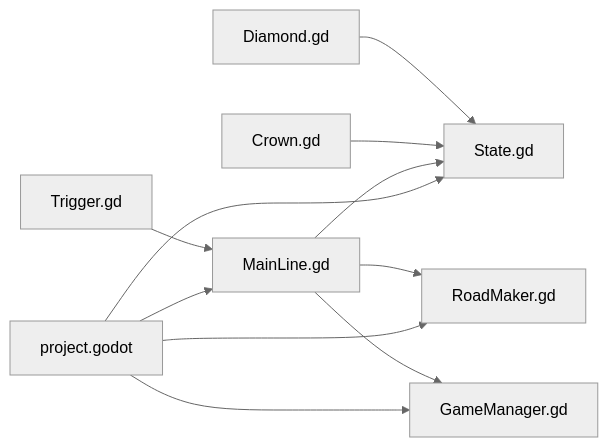
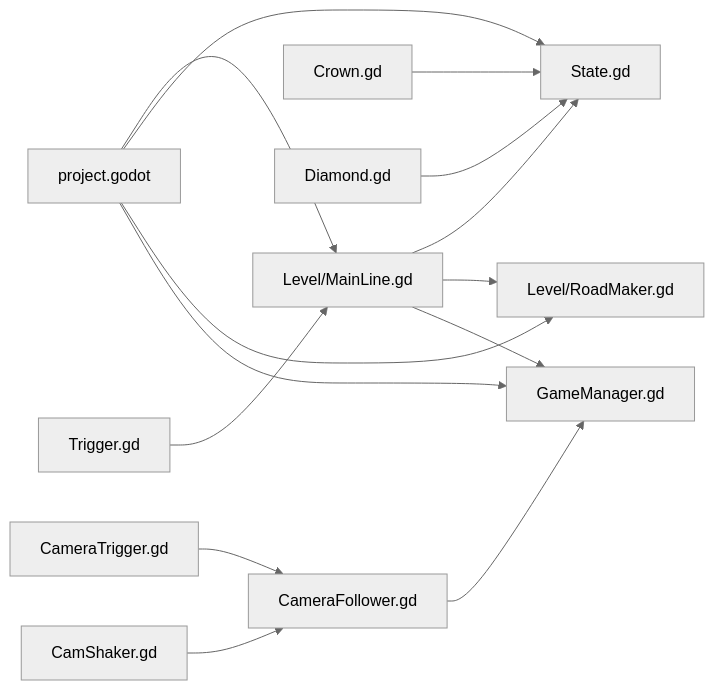
One commit to godotline/godot-line changed diagram 13 of 13 in .qoder/repowiki/zh/content/模板系统/示例场景.md. Above: the diagram before and after it, drawn with Mermaid (neutral theme). The commit also changed other lines of this file and 10 other files, not shown here.

````diff
--- a/.qoder/repowiki/zh/content/模板系统/示例场景.md
+++ b/.qoder/repowiki/zh/content/模板系统/示例场景.md
@@ -358,13 +511,16 @@
 ```mermaid
 graph LR
-PG["project.godot"] --> ML["MainLine.gd"]
+PG["project.godot"] --> ML["Level/MainLine.gd"]
 PG --> ST["State.gd"]
-PG --> RM["RoadMaker.gd"]
+PG --> RM["Level/RoadMaker.gd"]
 PG --> GM["GameManager.gd"]
 ML --> ST
 ML --> RM
 ML --> GM
 CR["Crown.gd"] --> ST
 DM["Diamond.gd"] --> ST
 TR["Trigger.gd"] --> ML
+CF["CameraFollower.gd"] --> GM
+CT["CameraTrigger.gd"] --> CF
+CS["CamShaker.gd"] --> CF
 ```
````
